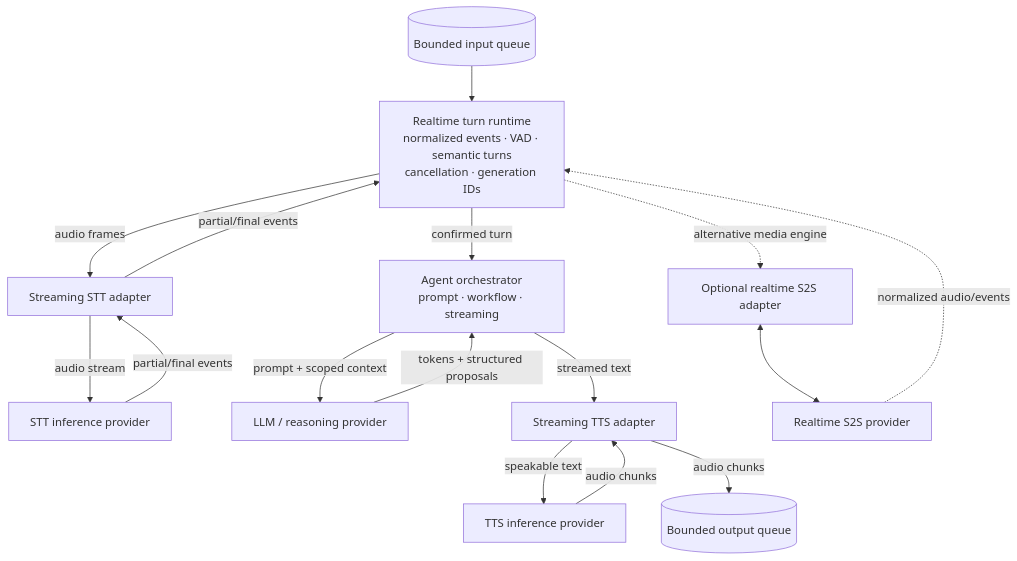
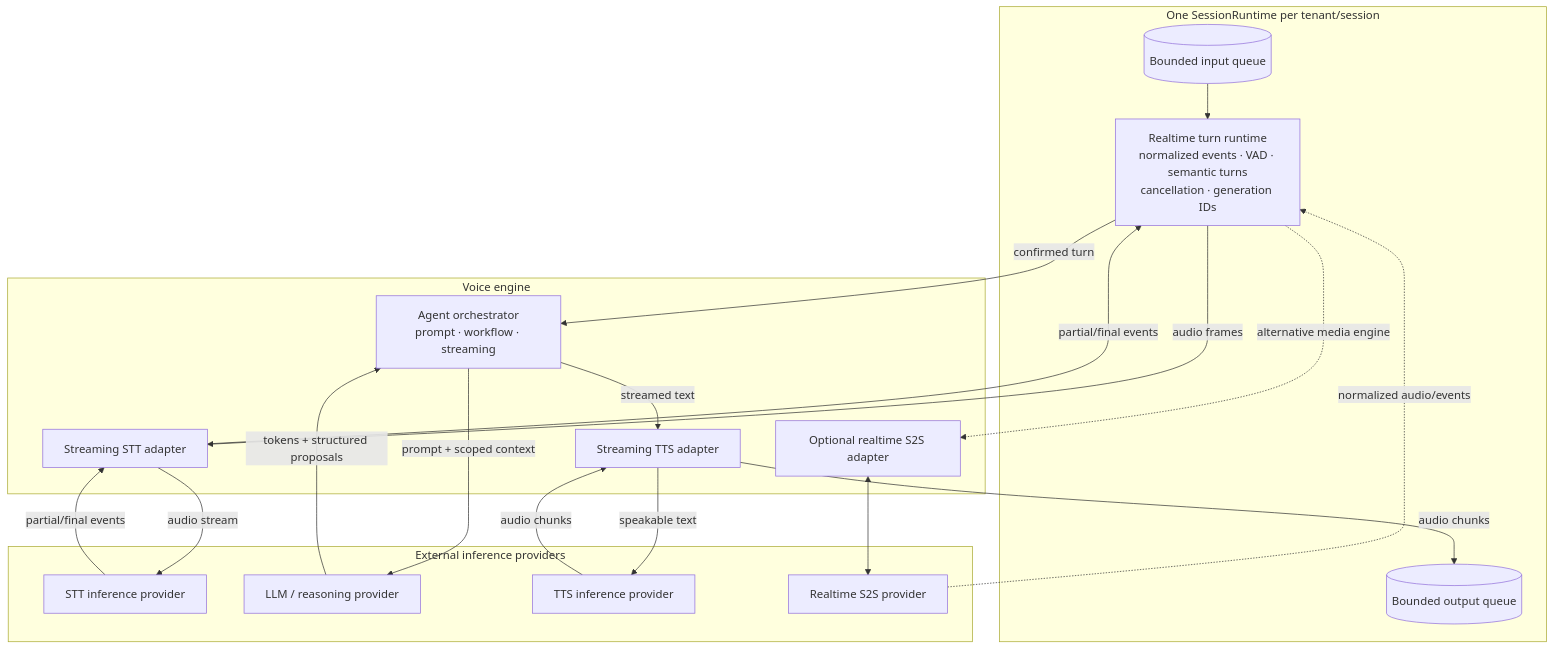
The second of 3 diagrams in docs/voice-agent-architecture-print-diagrams.md (d-schneid/voice-agents), drawn with Mermaid before and after one commit. The commit also changed other lines of this file, not shown here.

Commit message:
Preserve canonical diagram groupings

````diff
--- a/docs/voice-agent-architecture-print-diagrams.md
+++ b/docs/voice-agent-architecture-print-diagrams.md
@@ -45,30 +53,38 @@
 ```mermaid
 flowchart TB
-    IQ[(Bounded input queue)]
-    RT[Realtime turn runtime<br/>normalized events · VAD · semantic turns<br/>cancellation · generation IDs]
-    STT[Streaming STT adapter]
-    STTP[STT inference provider]
-    AG[Agent orchestrator<br/>prompt · workflow · streaming]
-    LLMP[LLM / reasoning provider]
-    TTS[Streaming TTS adapter]
-    TTSP[TTS inference provider]
-    OQ[(Bounded output queue)]
-    S2S[Optional realtime S2S adapter]
-    S2SP[Realtime S2S provider]
+    subgraph RUNTIME[One SessionRuntime per tenant/session]
+        IQ[(Bounded input queue)]
+        RT[Realtime turn runtime<br/>normalized events · VAD · semantic turns<br/>cancellation · generation IDs]
+        OQ[(Bounded output queue)]
+    end
+
+    subgraph ENGINE[Voice engine]
+        STT[Streaming STT adapter]
+        AG[Agent orchestrator<br/>prompt · workflow · streaming]
+        TTS[Streaming TTS adapter]
+        S2S[Optional realtime S2S adapter]
+    end
+
+    subgraph PROVIDERS[External inference providers]
+        STTP[STT inference provider]
+        LLMP[LLM / reasoning provider]
+        TTSP[TTS inference provider]
+        S2SP[Realtime S2S provider]
+    end
 
     IQ --> RT
     RT -->|audio frames| STT
     STT -->|audio stream| STTP
     STTP -->|partial/final events| STT
     STT -->|partial/final events| RT
     RT -->|confirmed turn| AG
     AG -->|prompt + scoped context| LLMP
     LLMP -->|tokens + structured proposals| AG
     AG -->|streamed text| TTS
     TTS -->|speakable text| TTSP
     TTSP -->|audio chunks| TTS
     TTS -->|audio chunks| OQ
     RT -.->|alternative media engine| S2S
     S2S <--> S2SP
     S2SP -.->|normalized audio/events| RT
 ```
````
